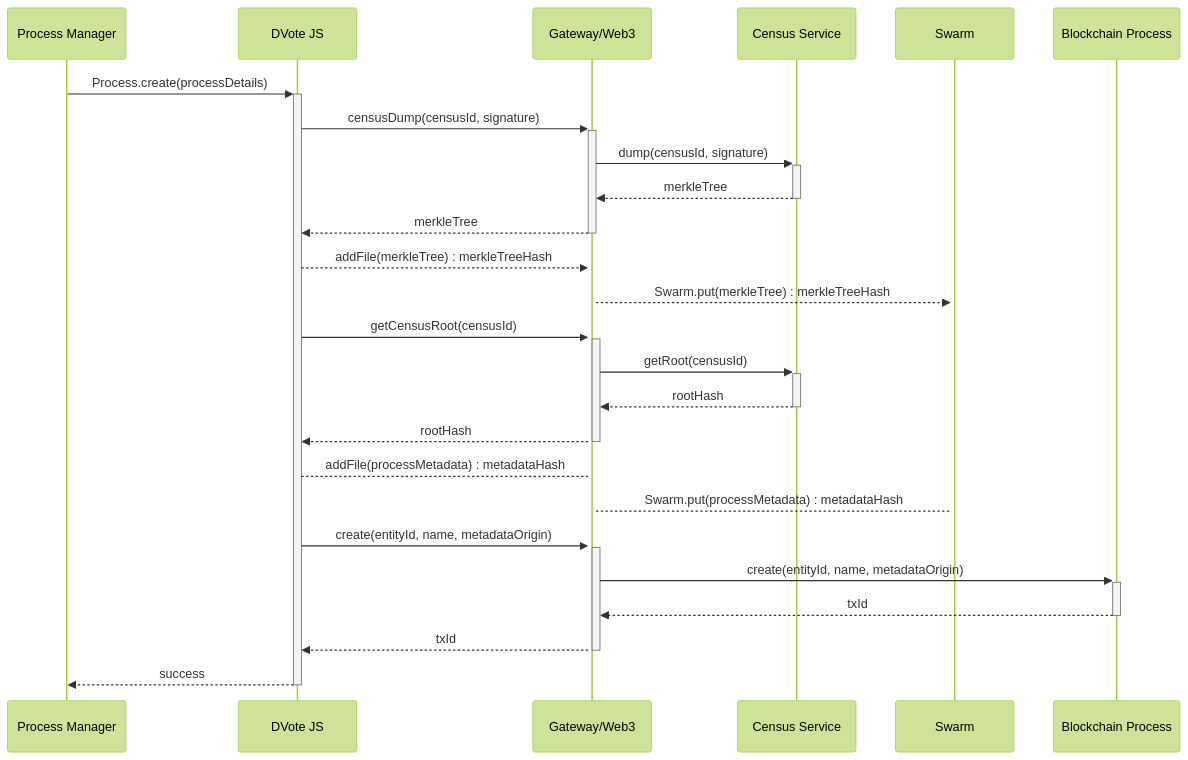
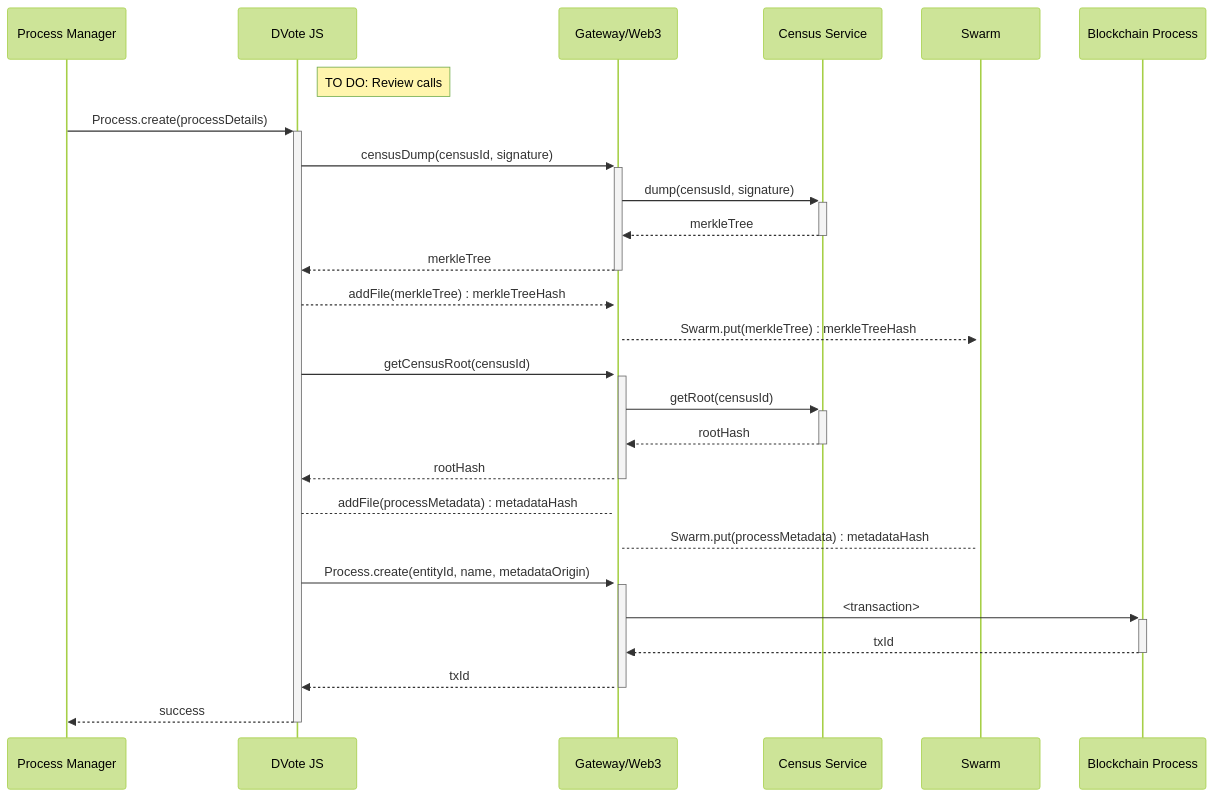
The fifth of 13 diagrams in docs/protocol/sequence-diagrams.md (vocdoni/docs), drawn with Mermaid (forest theme) before and after one commit. The commit also changed other lines of this file and 2 other files, not shown here.

````diff
--- a/docs/protocol/sequence-diagrams.md
+++ b/docs/protocol/sequence-diagrams.md
@@ -224,34 +228,36 @@
 ```mermaid
 sequenceDiagram
     participant PM as Process Manager
     participant DV as DVote JS
     participant GW as Gateway/Web3
     participant CS as Census Service
     participant SW as Swarm
     participant BC as Blockchain Process
+
+    Note right of DV: TO DO: Review calls
 
     PM->>+DV: Process.create(processDetails)
 
         DV->>+GW: censusDump(censusId, signature)
         GW->>+CS: dump(censusId, signature)
         CS-->>-GW: merkleTree
         GW-->>-DV: merkleTree
 
         DV-->>+GW: addFile(merkleTree) : merkleTreeHash
         GW-->>+SW: Swarm.put(merkleTree) : merkleTreeHash
 
         DV->>+GW: getCensusRoot(censusId)
         GW->>+CS: getRoot(censusId)
         CS-->>-GW: rootHash
         GW-->>-DV: rootHash
 
         DV-->GW: addFile(processMetadata) : metadataHash
         GW-->SW: Swarm.put(processMetadata) : metadataHash
 
-        DV->>+GW: create(entityId, name, metadataOrigin)
-        GW->>+BC: create(entityId, name, metadataOrigin)
-        BC-->>-GW: txId
+        DV->>+GW: Process.create(entityId, name, metadataOrigin)
+            GW->>+BC: <transaction>
+            BC-->>-GW: txId
         GW-->>-DV: txId
 
     DV-->>-PM: success
 ```
````
